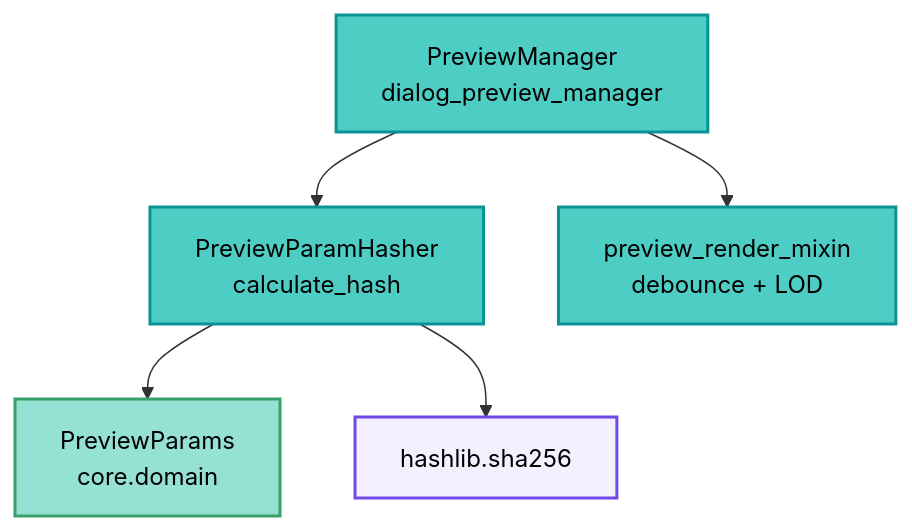
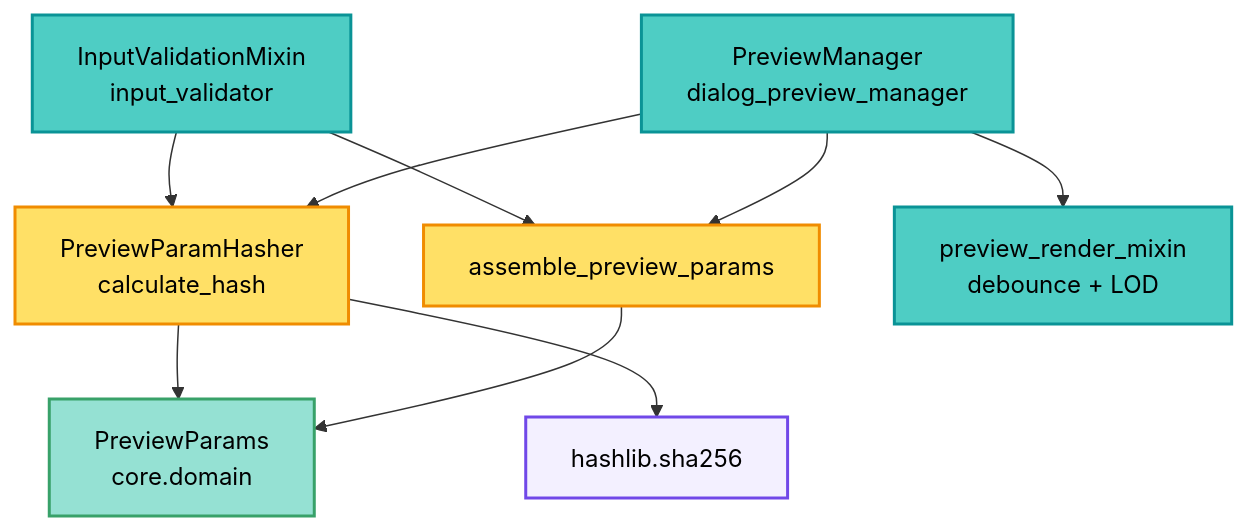
Before and after one commit to geociencio/sec_interp: the first of 2 diagrams in docs/code_walkthrough_en_v2/preview_param_hasher.md, drawn with Mermaid. The commit also changed other lines of this file and 359 other files, not shown here.

````diff
--- a/docs/code_walkthrough_en_v2/preview_param_hasher.md
+++ b/docs/code_walkthrough_en_v2/preview_param_hasher.md
@@ -46,20 +54,28 @@
 ```mermaid
 graph TD
     PM["PreviewManager<br/>dialog_preview_manager"]
+    IV["InputValidationMixin<br/>input_validator"]
+    ASM["assemble_preview_params"]
     H["PreviewParamHasher<br/>calculate_hash"]
     PP["PreviewParams<br/>core.domain"]
     HL["hashlib.sha256"]
     RND["preview_render_mixin<br/>debounce + LOD"]
 
+    PM --> ASM
+    IV --> ASM
+    ASM --> PP
     PM --> H
+    IV --> H
     H --> PP
     H --> HL
     PM --> RND
 
     classDef gui fill:#4ecdc4,stroke:#0a9396,stroke-width:2px,color:#000
-    class PM,H,RND gui
+    class PM,IV,RND gui
+    classDef fn fill:#ffe066,stroke:#f08c00,stroke-width:2px,color:#000
+    class ASM,H fn
     classDef core fill:#95e1d3,stroke:#38a169,stroke-width:2px,color:#000
     class PP core
     classDef std fill:#f3f0ff,stroke:#7048e8,stroke-width:2px,color:#000
     class HL std
 ```
````
